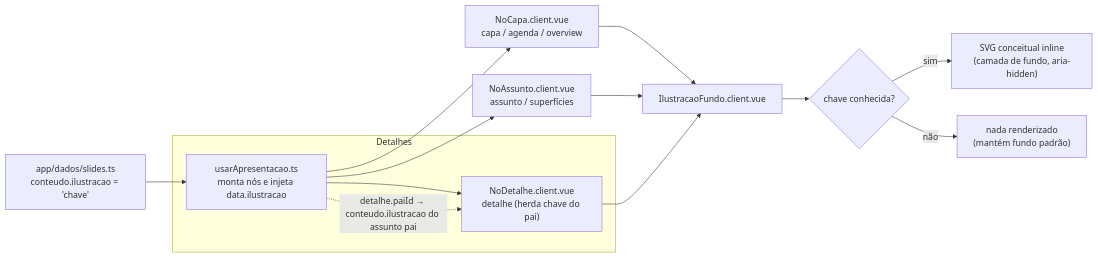
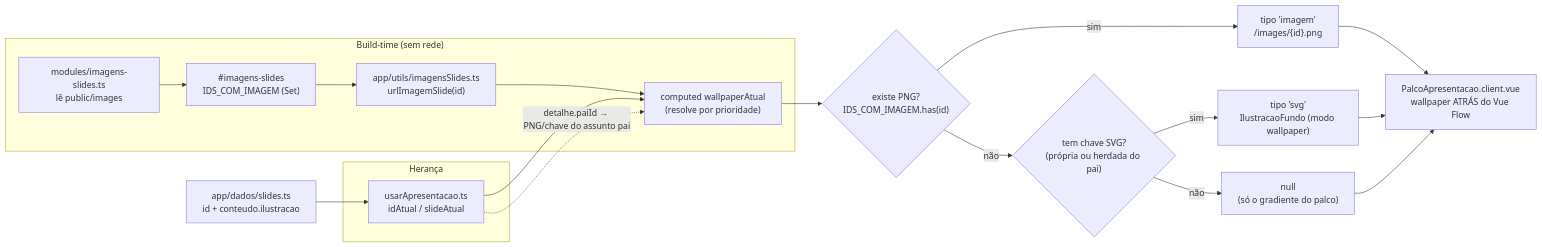
One commit to jprando/ai-kiro-apresentacao changed the diagram in docs/ilustracoes-fundo.md. Above: the diagram before and after it, drawn with Mermaid. The commit also changed other lines of this file and 4 other files, not shown here.

Commit message:
refactor: remove ilustracao interna dos nos e atualiza doc do wallpaper

````diff
--- a/docs/ilustracoes-fundo.md
+++ b/docs/ilustracoes-fundo.md
@@ -15,17 +22,23 @@
 ```mermaid
 flowchart LR
-  A["app/dados/slides.ts<br/>conteudo.ilustracao = 'chave'"] --> B["usarApresentacao.ts<br/>monta nós e injeta data.ilustracao"]
-  B --> C1["NoCapa.client.vue<br/>capa / agenda / overview"]
-  B --> C2["NoAssunto.client.vue<br/>assunto / superfícies"]
-  B --> C3["NoDetalhe.client.vue<br/>detalhe (herda chave do pai)"]
-  C1 --> D["IlustracaoFundo.client.vue"]
-  C2 --> D
-  C3 --> D
-  D --> E{"chave conhecida?"}
-  E -- sim --> F["SVG conceitual inline<br/>(camada de fundo, aria-hidden)"]
-  E -- não --> G["nada renderizado<br/>(mantém fundo padrão)"]
+  A["app/dados/slides.ts<br/>id + conteudo.ilustracao"] --> B["usarApresentacao.ts<br/>idAtual / slideAtual"]
+  B --> C["computed wallpaperAtual<br/>(resolve por prioridade)"]
+  C --> D{"existe PNG?<br/>IDS_COM_IMAGEM.has(id)"}
+  D -- sim --> E["tipo 'imagem'<br/>/images/{id}.png"]
+  D -- não --> F{"tem chave SVG?<br/>(própria ou herdada do pai)"}
+  F -- sim --> G["tipo 'svg'<br/>IlustracaoFundo (modo wallpaper)"]
+  F -- não --> H["null<br/>(só o gradiente do palco)"]
+  E --> I["PalcoApresentacao.client.vue<br/>wallpaper ATRÁS do Vue Flow"]
+  G --> I
+  H --> I
 
-  subgraph Detalhes
-    B -. "detalhe.paiId → conteudo.ilustracao do assunto pai" .-> C3
+  subgraph BuildTime["Build-time (sem rede)"]
+    M["modules/imagens-slides.ts<br/>lê public/images"] --> V["#imagens-slides<br/>IDS_COM_IMAGEM (Set)"]
+    V --> U["app/utils/imagensSlides.ts<br/>urlImagemSlide(id)"]
+    U --> C
+  end
+
+  subgraph Detalhes["Herança"]
+    B -. "detalhe.paiId → PNG/chave do assunto pai" .-> C
   end
 ```
````
